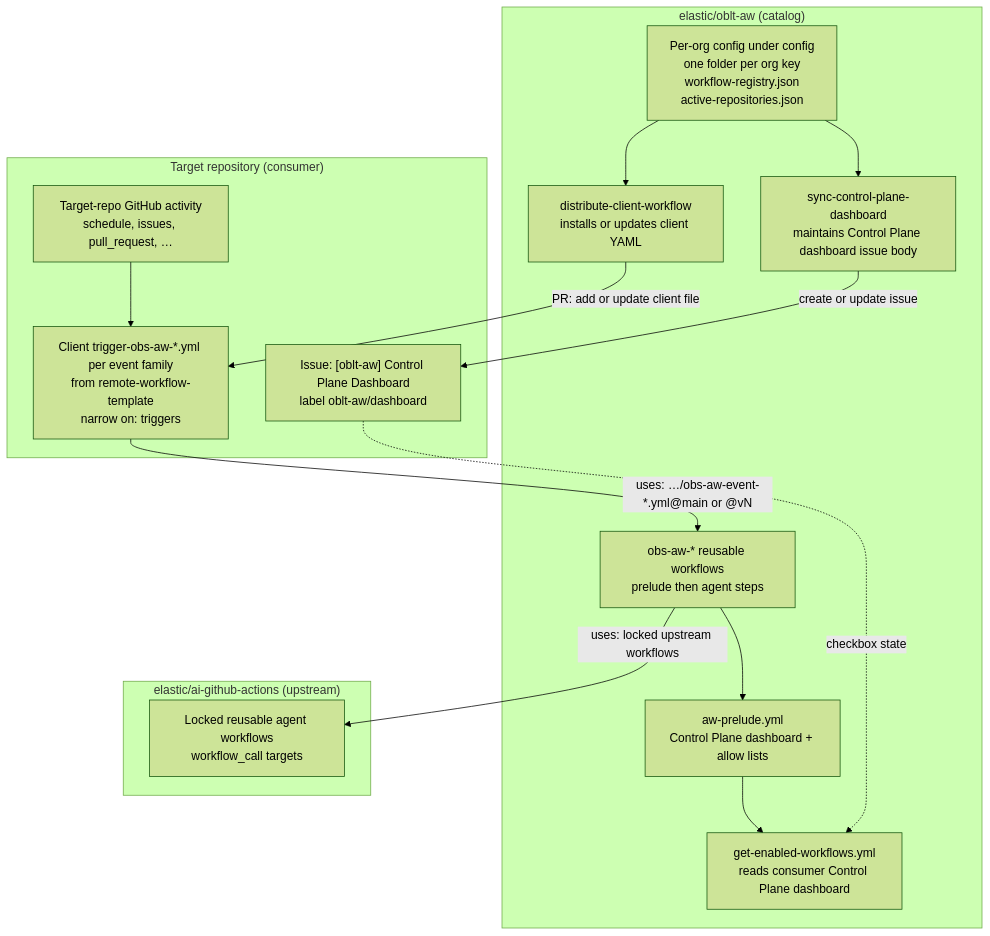
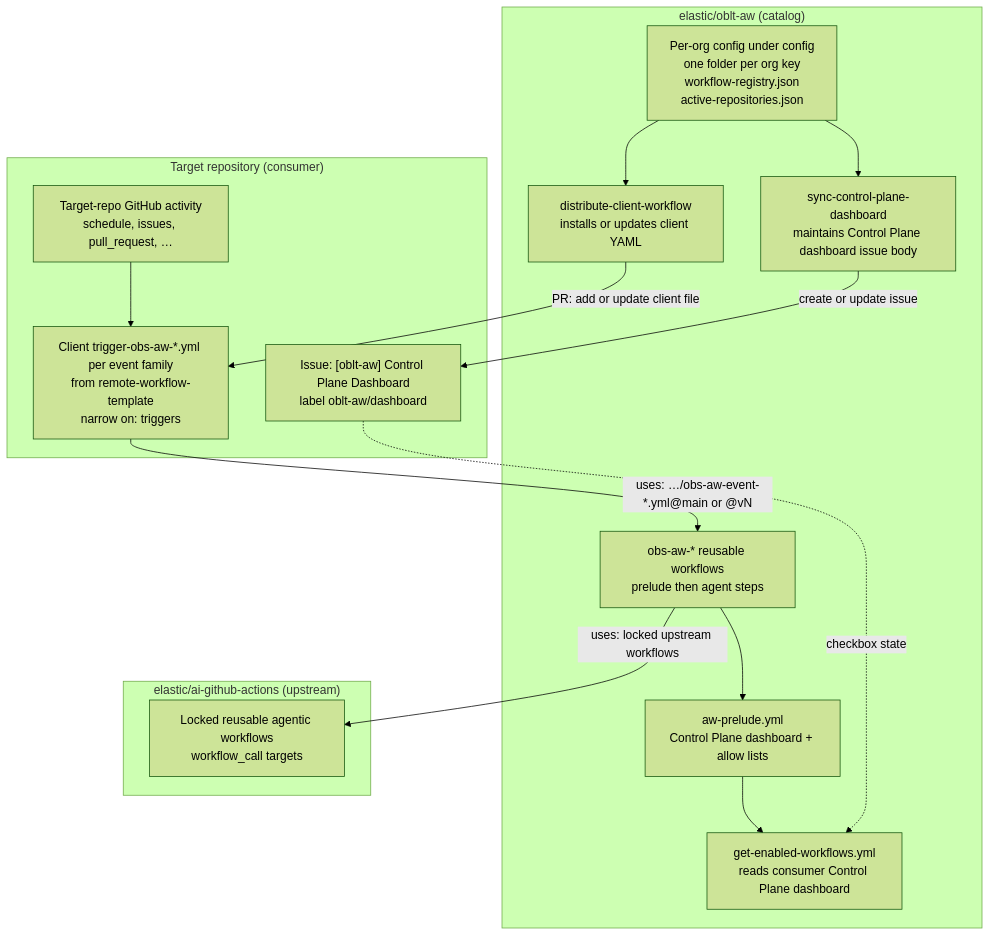
Before and after one commit to elastic/oblt-aw: the first of 4 diagrams in docs/architecture/overview.md, drawn with Mermaid (forest theme). The commit also changed 8 other files, not shown here.

````diff
--- a/docs/architecture/overview.md
+++ b/docs/architecture/overview.md
@@ -49,32 +49,32 @@
 ```mermaid
 flowchart TB
   subgraph OBLT["elastic/oblt-aw (catalog)"]
     CFG["Per-org config under config\none folder per org key\nworkflow-registry.json\nactive-repositories.json"]
     DIST["distribute-client-workflow\ninstalls or updates client YAML"]
     SYNC["sync-control-plane-dashboard\nmaintains Control Plane dashboard issue body"]
     PRE["aw-prelude.yml\nControl Plane dashboard + allow lists"]
     GET["get-enabled-workflows.yml\nreads consumer Control Plane dashboard"]
     GHA["obs-aw-* reusable workflows\nprelude then agent steps"]
     CFG --> DIST
     CFG --> SYNC
     PRE --> GET
     GHA --> PRE
   end
 
   subgraph UP["elastic/ai-github-actions (upstream)"]
-    LOCK["Locked reusable agent workflows\nworkflow_call targets"]
+    LOCK["Locked reusable agentic workflows\nworkflow_call targets"]
   end
 
   subgraph CON["Target repository (consumer)"]
     EVT["Target-repo GitHub activity\nschedule, issues, pull_request, …"]
     CLIENT["Client trigger-obs-aw-*.yml per event family\nfrom remote-workflow-template\nnarrow on: triggers"]
     DASH["Issue: [oblt-aw] Control Plane Dashboard\nlabel oblt-aw/dashboard"]
     EVT --> CLIENT
     DASH -.->|checkbox state| GET
   end
 
   DIST -->|PR: add or update client file| CLIENT
   SYNC -->|create or update issue| DASH
   CLIENT -->|uses: …/obs-aw-event-*.yml@main or @vN| GHA
   GHA -->|uses: locked upstream workflows| LOCK
 ```
````
